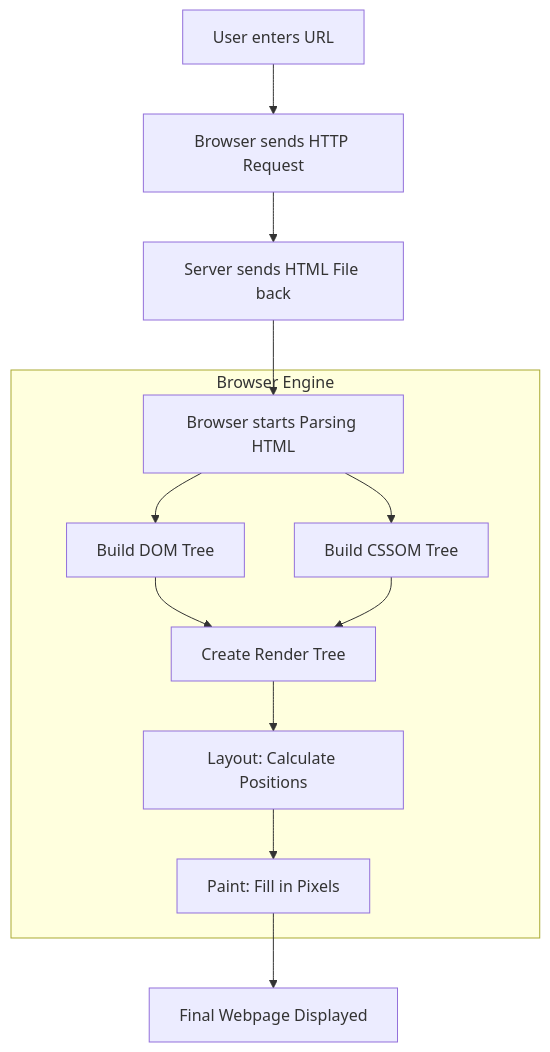
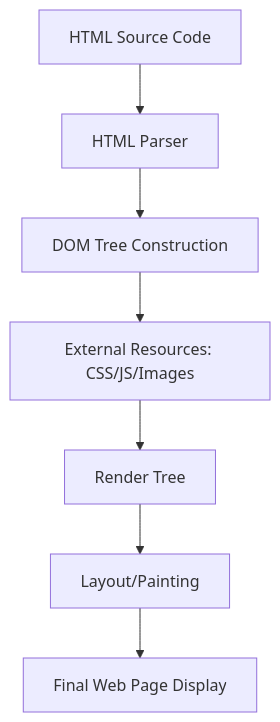
Before and after one commit to RaviTejaLadi/DevDocs-Hub: the diagram in src/topics/frontend/html/intro.md, drawn with Mermaid. The commit also changed other lines of this file and 4 other files, not shown here.

````diff
--- a/src/topics/frontend/html/intro.md
+++ b/src/topics/frontend/html/intro.md
@@ -30,16 +43,9 @@
 ```mermaid
 graph TD
-    A[User enters URL] --> B[Browser sends HTTP Request]
-    B --> C[Server sends HTML File back]
-    C --> D[Browser starts Parsing HTML]
-
-    subgraph Browser Engine
-    D --> E[Build DOM Tree]
-    D --> F[Build CSSOM Tree]
-    E & F --> G[Create Render Tree]
-    G --> H[Layout: Calculate Positions]
-    H --> I[Paint: Fill in Pixels]
-    end
-
-    I --> J[Final Webpage Displayed]
+    A[HTML Source Code] --> B[HTML Parser]
+    B --> C[DOM Tree Construction]
+    C --> D[External Resources: CSS/JS/Images]
+    D --> E[Render Tree]
+    E --> F[Layout/Painting]
+    F --> G[Final Web Page Display]
 ```
````
